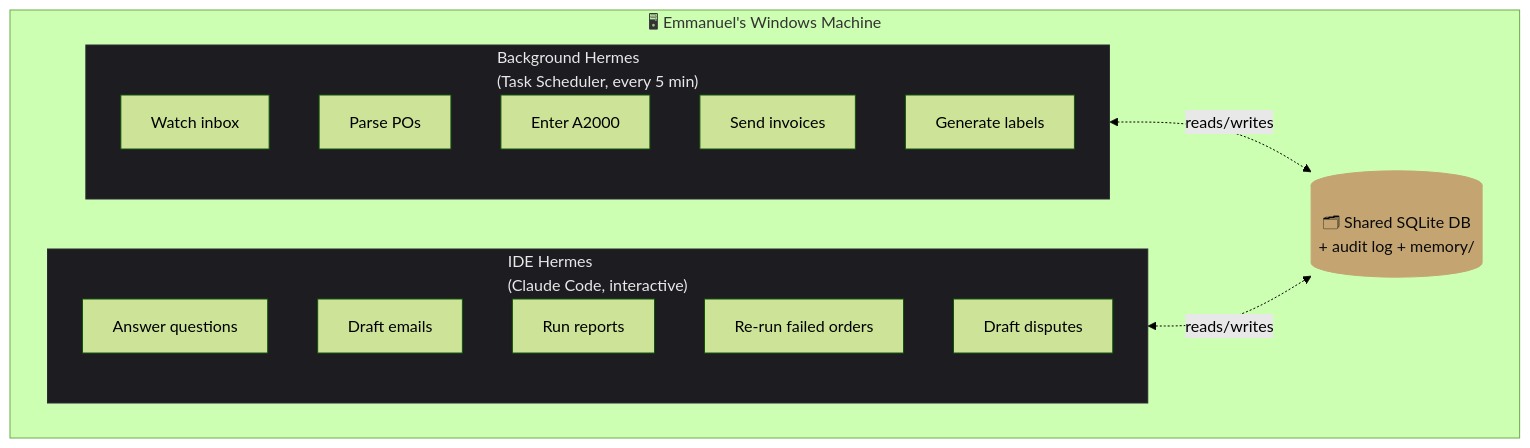
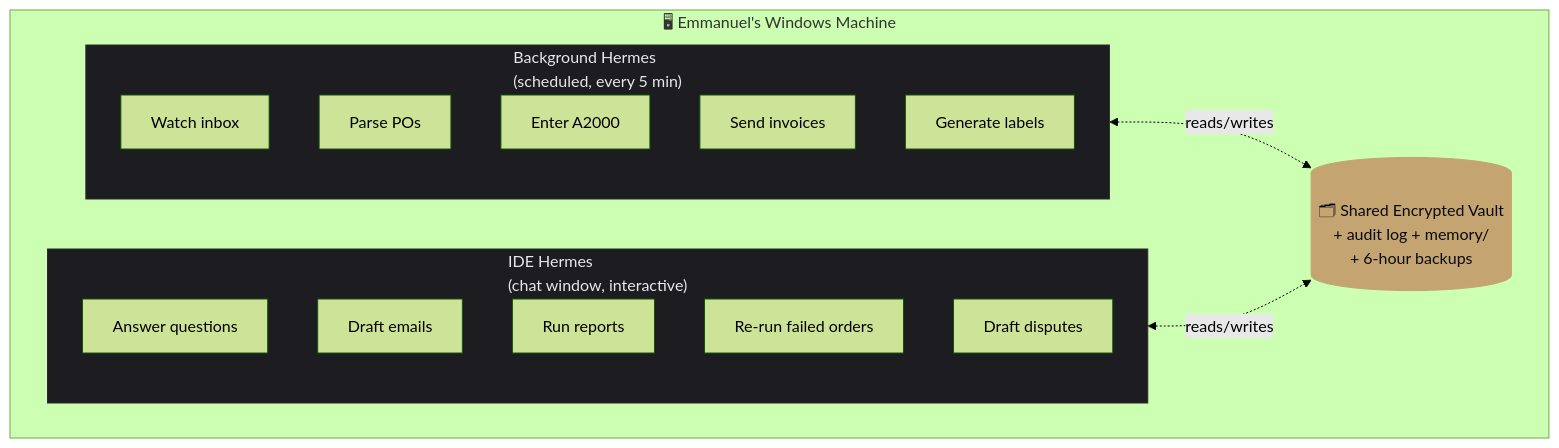
Before and after one commit to CC90210/hermes: the third of 3 diagrams in docs/DEMO.md, drawn with Mermaid (forest theme). The commit also changed other lines of this file and 5 other files, not shown here.

````diff
--- a/docs/DEMO.md
+++ b/docs/DEMO.md
@@ -92,31 +113,31 @@
 ```mermaid
 flowchart TB
     subgraph Machine["🖥 Emmanuel's Windows Machine"]
-        subgraph Pipeline["Background Hermes<br/>(Task Scheduler, every 5 min)"]
+        subgraph Pipeline["Background Hermes<br/>(scheduled, every 5 min)"]
             BG1[Watch inbox]
             BG2[Parse POs]
             BG3[Enter A2000]
             BG4[Send invoices]
             BG5[Generate labels]
         end
 
-        subgraph IDE["IDE Hermes<br/>(Claude Code, interactive)"]
+        subgraph IDE["IDE Hermes<br/>(chat window, interactive)"]
             I1[Answer questions]
             I2[Draft emails]
             I3[Run reports]
             I4[Re-run failed orders]
             I5[Draft disputes]
         end
 
-        DB[("🗂 Shared SQLite DB<br/>+ audit log + memory/")]
+        DB[("🗂 Shared Encrypted Vault<br/>+ audit log + memory/<br/>+ 6-hour backups")]
 
         Pipeline <-.reads/writes.-> DB
         IDE <-.reads/writes.-> DB
     end
 
     classDef layer fill:#1c1c21,color:#e8e8ea,stroke:#2a2a30
     classDef db fill:#c4a572,color:#0a0a0b,stroke:#c4a572
 
     class Pipeline,IDE layer
     class DB db
 ```
````
